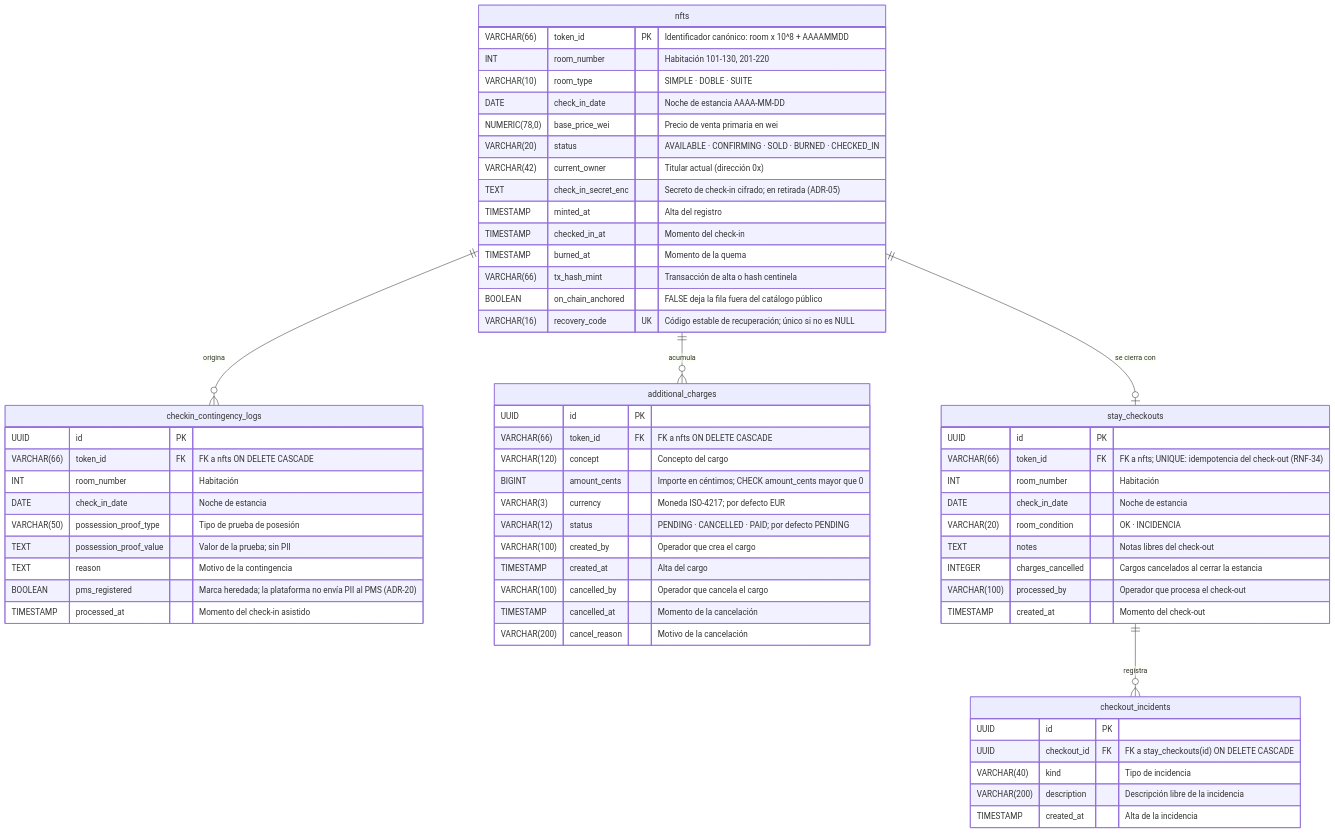
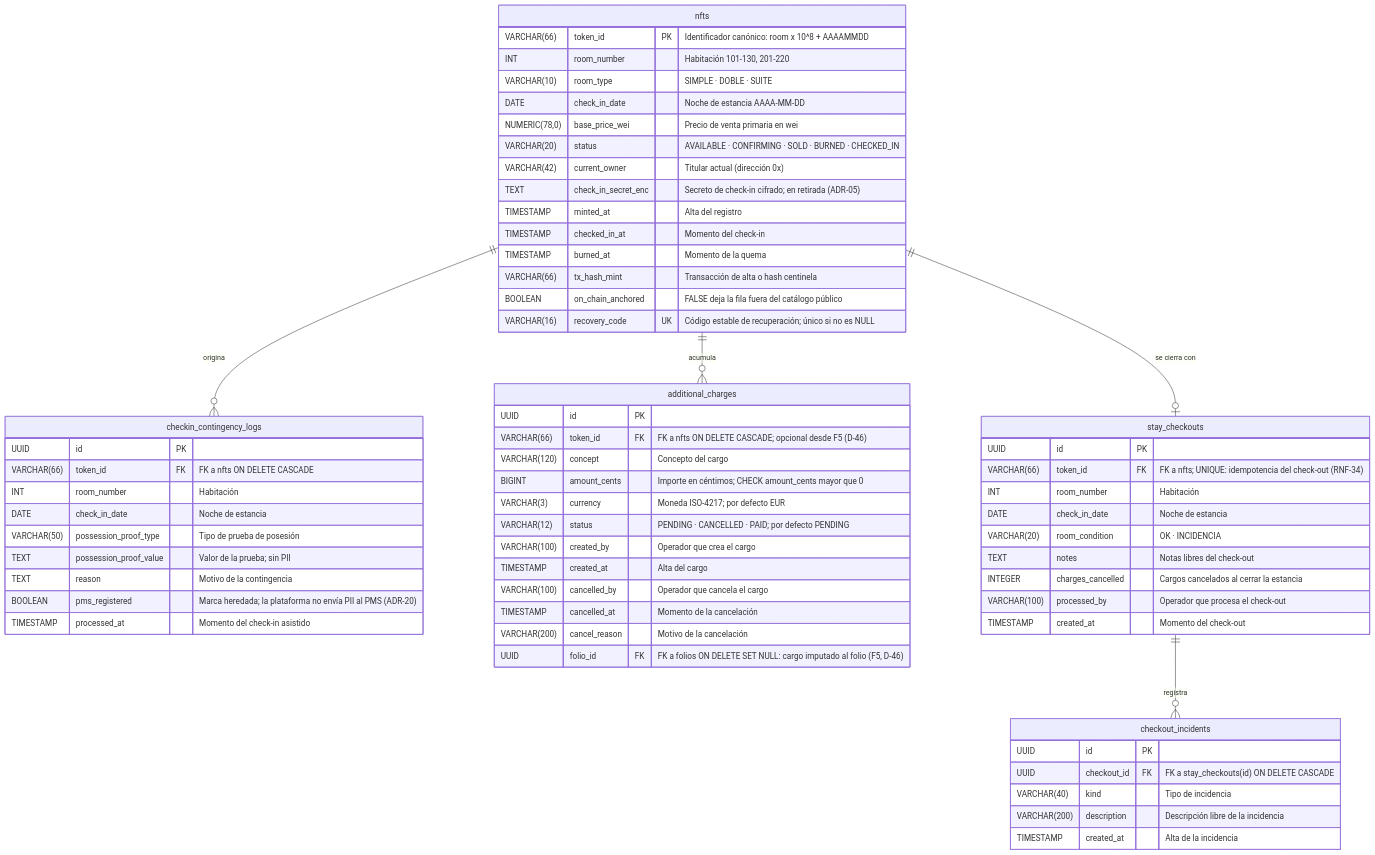
Before and after one commit to anlucorporations/hotel-room-mcp-trazable: the second of 7 diagrams in RepoTecnico/diagrama_er.md, drawn with Mermaid. The commit also changed 26 other files, not shown here.

First line of the commit message:
feat(F5): actividades con cupo estricto, lista de espera y cargo al folio (D-44..D-47)

````diff
--- a/RepoTecnico/diagrama_er.md
+++ b/RepoTecnico/diagrama_er.md
@@ -95,70 +95,71 @@
 ```mermaid
 erDiagram
     nfts {
         VARCHAR(66) token_id PK "Identificador canónico: room x 10^8 + AAAAMMDD"
         INT room_number "Habitación 101-130, 201-220"
         VARCHAR(10) room_type "SIMPLE · DOBLE · SUITE"
         DATE check_in_date "Noche de estancia AAAA-MM-DD"
         NUMERIC(78,0) base_price_wei "Precio de venta primaria en wei"
         VARCHAR(20) status "AVAILABLE · CONFIRMING · SOLD · BURNED · CHECKED_IN"
         VARCHAR(42) current_owner "Titular actual (dirección 0x)"
         TEXT check_in_secret_enc "Secreto de check-in cifrado; en retirada (ADR-05)"
         TIMESTAMP minted_at "Alta del registro"
         TIMESTAMP checked_in_at "Momento del check-in"
         TIMESTAMP burned_at "Momento de la quema"
         VARCHAR(66) tx_hash_mint "Transacción de alta o hash centinela"
         BOOLEAN on_chain_anchored "FALSE deja la fila fuera del catálogo público"
         VARCHAR(16) recovery_code UK "Código estable de recuperación; único si no es NULL"
     }
 
     checkin_contingency_logs {
         UUID id PK
         VARCHAR(66) token_id FK "FK a nfts ON DELETE CASCADE"
         INT room_number "Habitación"
         DATE check_in_date "Noche de estancia"
         VARCHAR(50) possession_proof_type "Tipo de prueba de posesión"
         TEXT possession_proof_value "Valor de la prueba; sin PII"
         TEXT reason "Motivo de la contingencia"
         BOOLEAN pms_registered "Marca heredada; la plataforma no envía PII al PMS (ADR-20)"
         TIMESTAMP processed_at "Momento del check-in asistido"
     }
 
     additional_charges {
         UUID id PK
-        VARCHAR(66) token_id FK "FK a nfts ON DELETE CASCADE"
+        VARCHAR(66) token_id FK "FK a nfts ON DELETE CASCADE; opcional desde F5 (D-46)"
         VARCHAR(120) concept "Concepto del cargo"
         BIGINT amount_cents "Importe en céntimos; CHECK amount_cents mayor que 0"
         VARCHAR(3) currency "Moneda ISO-4217; por defecto EUR"
         VARCHAR(12) status "PENDING · CANCELLED · PAID; por defecto PENDING"
         VARCHAR(100) created_by "Operador que crea el cargo"
         TIMESTAMP created_at "Alta del cargo"
         VARCHAR(100) cancelled_by "Operador que cancela el cargo"
         TIMESTAMP cancelled_at "Momento de la cancelación"
         VARCHAR(200) cancel_reason "Motivo de la cancelación"
+        UUID folio_id FK "FK a folios ON DELETE SET NULL: cargo imputado al folio (F5, D-46)"
     }
 
     stay_checkouts {
         UUID id PK
         VARCHAR(66) token_id FK "FK a nfts; UNIQUE: idempotencia del check-out (RNF-34)"
         INT room_number "Habitación"
         DATE check_in_date "Noche de estancia"
         VARCHAR(20) room_condition "OK · INCIDENCIA"
         TEXT notes "Notas libres del check-out"
         INTEGER charges_cancelled "Cargos cancelados al cerrar la estancia"
         VARCHAR(100) processed_by "Operador que procesa el check-out"
         TIMESTAMP created_at "Momento del check-out"
     }
 
     checkout_incidents {
         UUID id PK
         UUID checkout_id FK "FK a stay_checkouts(id) ON DELETE CASCADE"
         VARCHAR(40) kind "Tipo de incidencia"
         VARCHAR(200) description "Descripción libre de la incidencia"
         TIMESTAMP created_at "Alta de la incidencia"
     }
 
     nfts ||--o{ checkin_contingency_logs : "origina"
     nfts ||--o{ additional_charges : "acumula"
     nfts ||--o| stay_checkouts : "se cierra con"
     stay_checkouts ||--o{ checkout_incidents : "registra"
 ```
````
